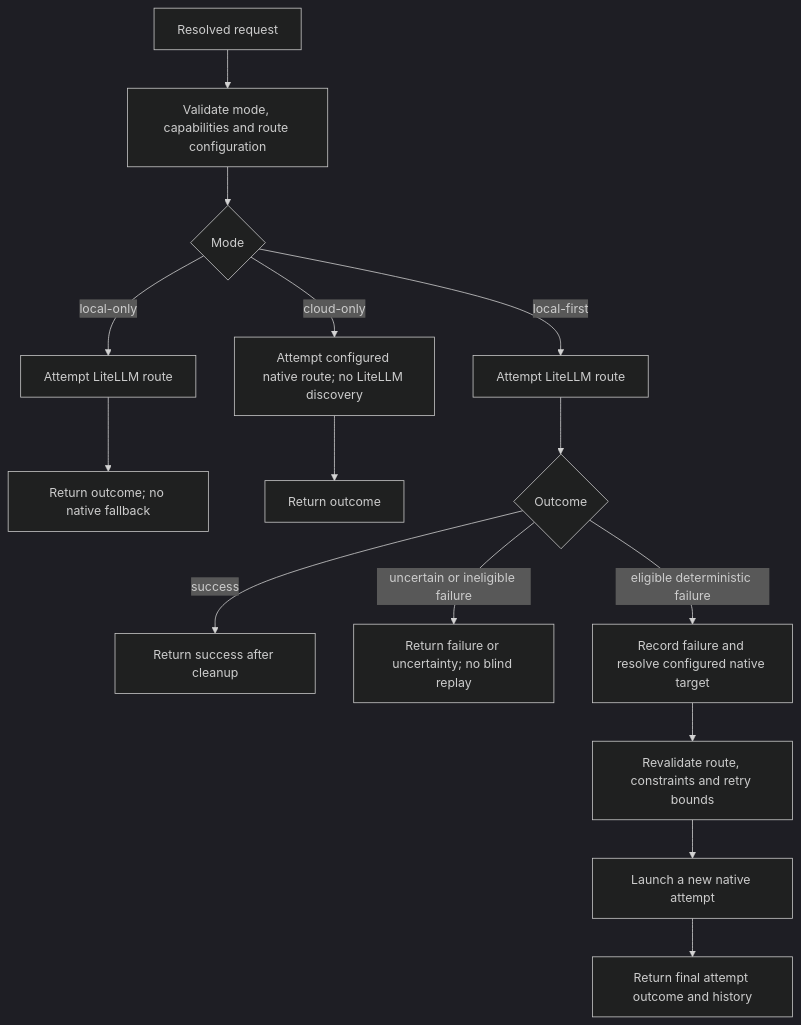
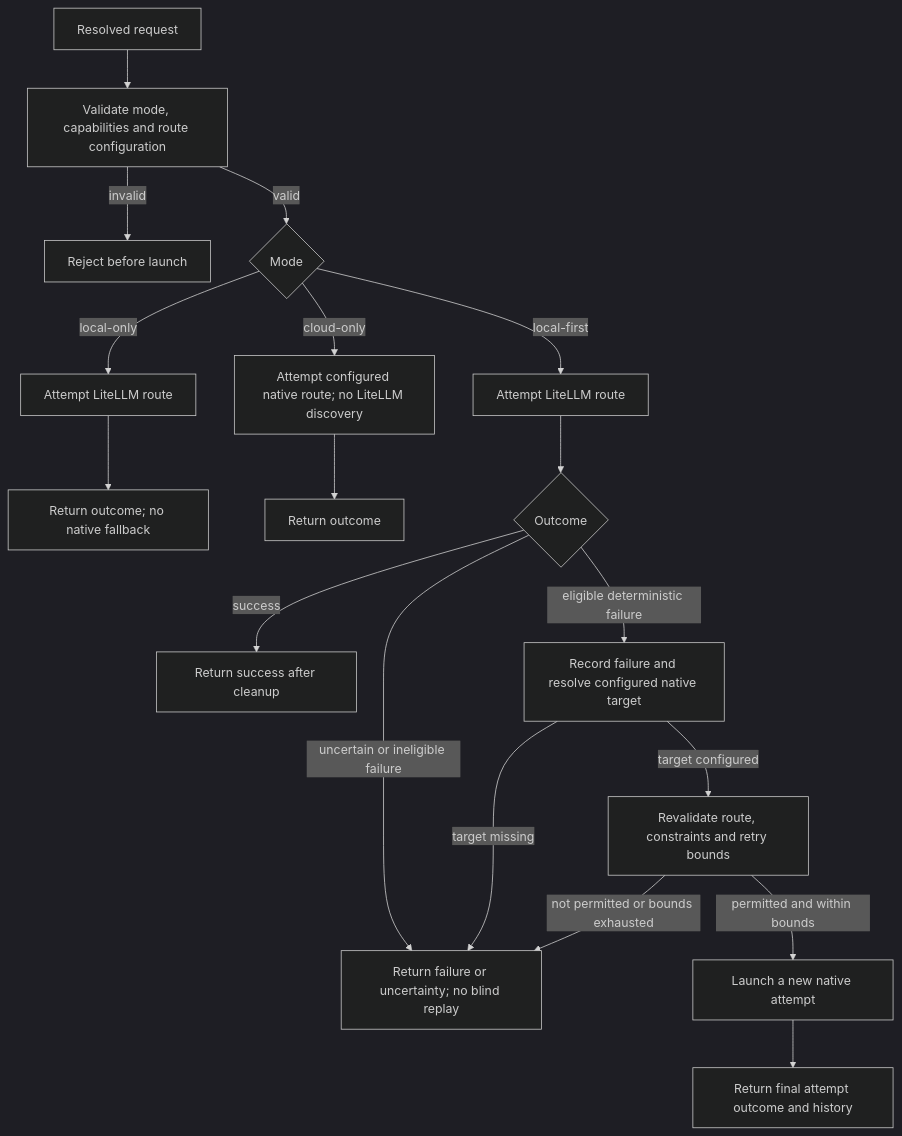
Before and after one commit to awesomejt/agent-harness: the fourth of 6 diagrams in docs/ARCHITECTURE.md, drawn with Mermaid (dark theme). The commit also changed other lines of this file and 5 other files, not shown here.

Commit message:
docs: align lifecycle and diagram rejection paths after review

````diff
--- a/docs/ARCHITECTURE.md
+++ b/docs/ARCHITECTURE.md
@@ -87,17 +89,20 @@
 ```mermaid
 flowchart TD
     Start[Resolved request] --> Validate[Validate mode, capabilities and route configuration]
-    Validate --> Mode{Mode}
+    Validate -->|invalid| Reject[Reject before launch]
+    Validate -->|valid| Mode{Mode}
     Mode -->|local-only| LocalOnly[Attempt LiteLLM route]
     LocalOnly --> LocalOutcome[Return outcome; no native fallback]
     Mode -->|cloud-only| NativeOnly[Attempt configured native route; no LiteLLM discovery]
     NativeOnly --> NativeOutcome[Return outcome]
     Mode -->|local-first| LocalFirst[Attempt LiteLLM route]
     LocalFirst --> Result{Outcome}
     Result -->|success| Finish[Return success after cleanup]
     Result -->|uncertain or ineligible failure| Stop[Return failure or uncertainty; no blind replay]
     Result -->|eligible deterministic failure| Fallback[Record failure and resolve configured native target]
-    Fallback --> Revalidate[Revalidate route, constraints and retry bounds]
-    Revalidate --> NativeAttempt[Launch a new native attempt]
+    Fallback -->|target missing| Stop
+    Fallback -->|target configured| Revalidate[Revalidate route, constraints and retry bounds]
+    Revalidate -->|not permitted or bounds exhausted| Stop
+    Revalidate -->|permitted and within bounds| NativeAttempt[Launch a new native attempt]
     NativeAttempt --> Final[Return final attempt outcome and history]
 ```
````
